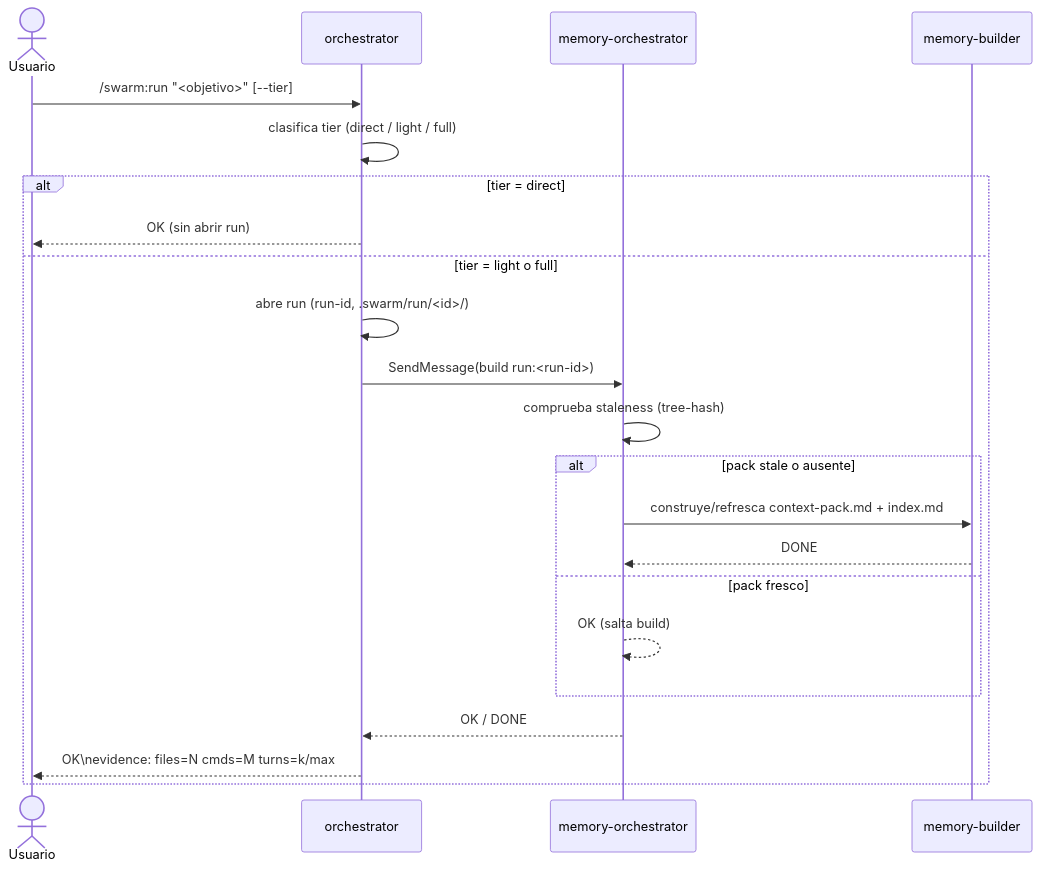
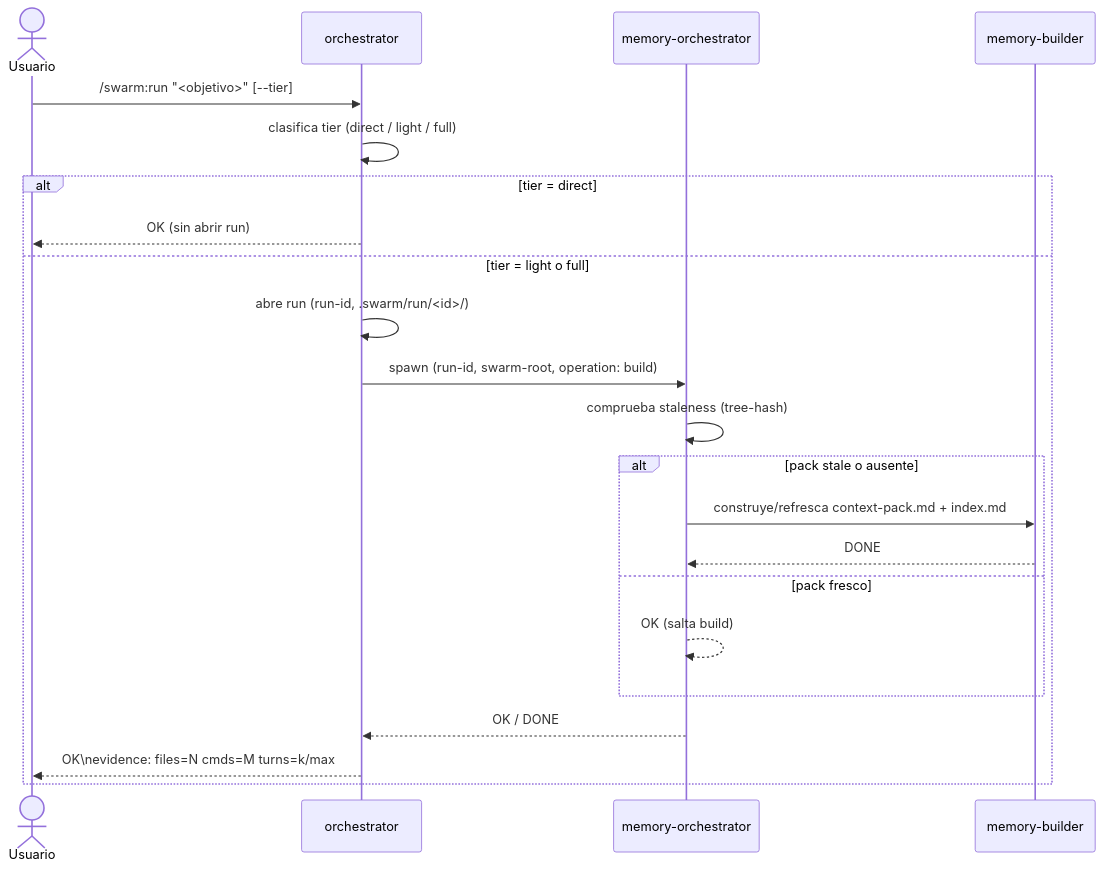
Before and after one commit to davidgarciagordo/swarm: the second of 3 diagrams in README.es.md, drawn with Mermaid. The commit also changed 13 other files, not shown here.

````diff
--- a/README.es.md
+++ b/README.es.md
@@ -54,25 +54,25 @@
 ```mermaid
 sequenceDiagram
     actor User as Usuario
     participant O as orchestrator
     participant MO as memory-orchestrator
     participant MB as memory-builder
 
     User->>O: /swarm:run "<objetivo>" [--tier]
     O->>O: clasifica tier (direct / light / full)
     alt tier = direct
         O-->>User: OK (sin abrir run)
     else tier = light o full
         O->>O: abre run (run-id, .swarm/run/<id>/)
-        O->>MO: SendMessage(build run:<run-id>)
+        O->>MO: spawn (run-id, swarm-root, operation: build)
         MO->>MO: comprueba staleness (tree-hash)
         alt pack stale o ausente
             MO->>MB: construye/refresca context-pack.md + index.md
             MB-->>MO: DONE
         else pack fresco
             MO-->>MO: OK (salta build)
         end
         MO-->>O: OK / DONE
         O-->>User: OK\nevidence: files=N cmds=M turns=k/max
     end
 ```
````
